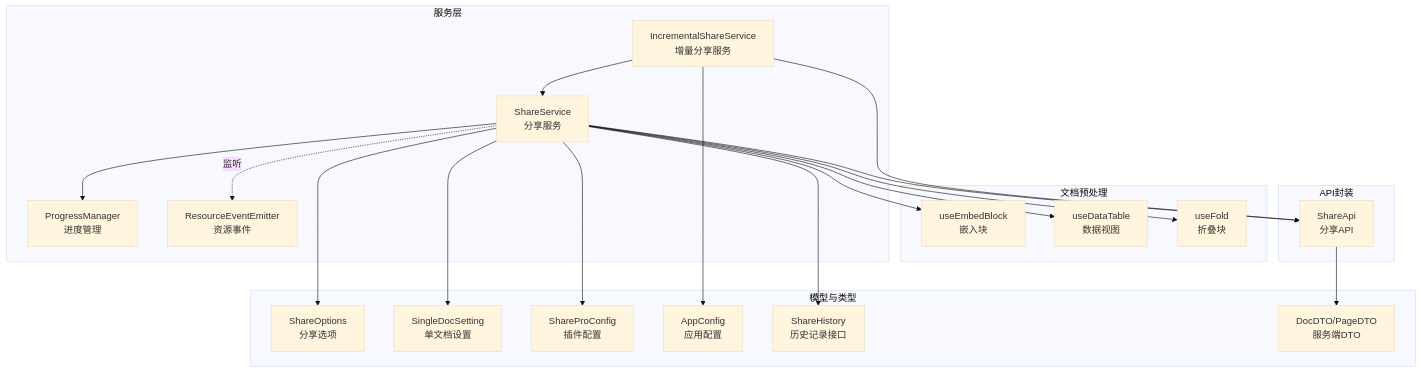
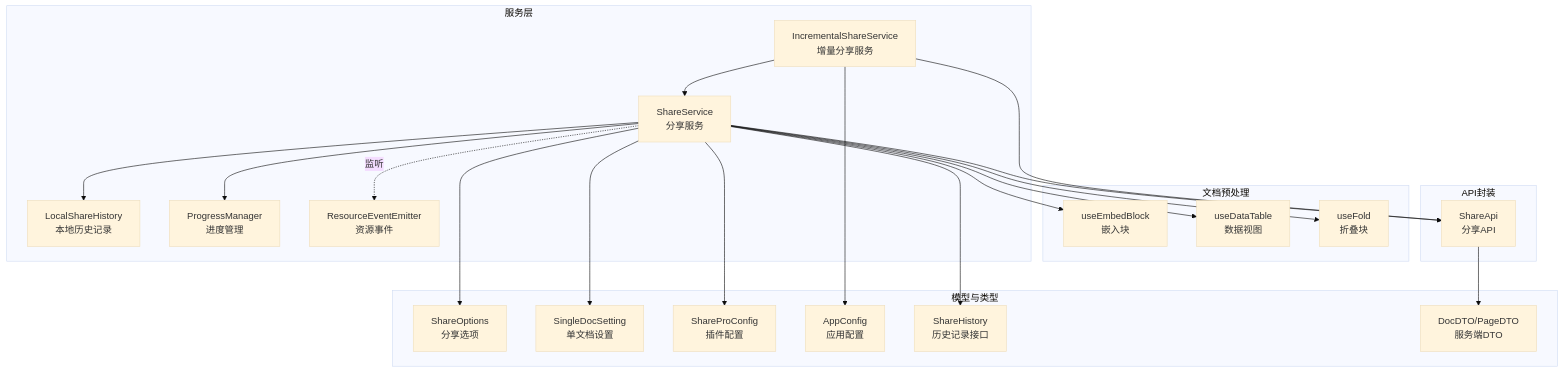
The first of 3 diagrams in .qoder/repowiki/zh/content/架构设计/服务层架构/分享服务 (ShareService).md (terwerinc/siyuan-plugin-share-pro), drawn with Mermaid (base theme) before and after one commit. The commit also changed other lines of this file and 8 other files, not shown here.

````diff
--- a/.qoder/repowiki/zh/content/架构设计/服务层架构/分享服务 (ShareService).md
+++ b/.qoder/repowiki/zh/content/架构设计/服务层架构/分享服务 (ShareService).md
@@ -67,39 +70,41 @@
 ```mermaid
 graph TB
 subgraph "服务层"
 SS["ShareService<br/>分享服务"]
 ISS["IncrementalShareService<br/>增量分享服务"]
+LSH["LocalShareHistory<br/>本地历史记录"]
 PM["ProgressManager<br/>进度管理"]
 RE["ResourceEventEmitter<br/>资源事件"]
 end
 subgraph "文档预处理"
 EB["useEmbedBlock<br/>嵌入块"]
 DT["useDataTable<br/>数据视图"]
 FD["useFold<br/>折叠块"]
 end
 subgraph "API封装"
 SA["ShareApi<br/>分享API"]
 end
 subgraph "模型与类型"
 SO["ShareOptions<br/>分享选项"]
 SDC["SingleDocSetting<br/>单文档设置"]
 SPC["ShareProConfig<br/>插件配置"]
 ASC["AppConfig<br/>应用配置"]
 SHI["ShareHistory<br/>历史记录接口"]
 SDTO["DocDTO/PageDTO<br/>服务端DTO"]
 end
 SS --> EB
 SS --> DT
 SS --> FD
 SS --> SA
+SS --> LSH
 SS --> PM
 SS -.监听.-> RE
 ISS --> SS
 ISS --> SA
 ISS --> ASC
 SA --> SDTO
 SS --> SDC
 SS --> SO
 SS --> SPC
 SS --> SHI
 ```
````
